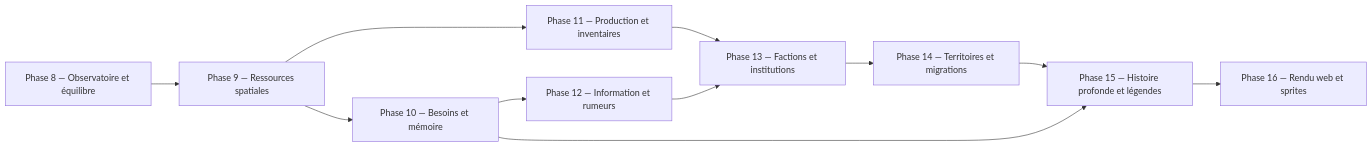
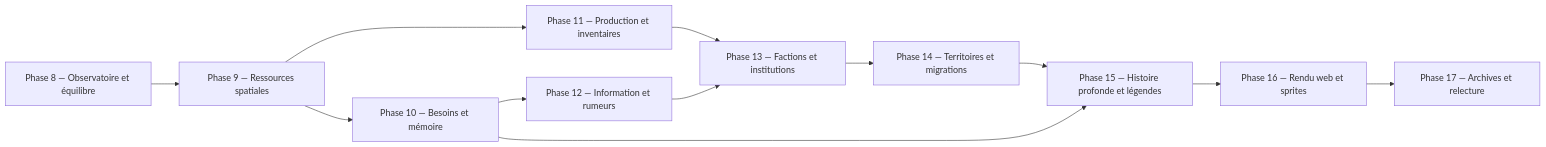
The diagram in ROADMAP_EMERGENCE.md (Drwhy/chartographist), drawn with Mermaid before and after one commit. The commit also changed other lines of this file and 18 other files, not shown here.

````diff
--- a/ROADMAP_EMERGENCE.md
+++ b/ROADMAP_EMERGENCE.md
@@ -77,13 +77,14 @@
 ```mermaid
 flowchart LR
     P8["Phase 8 — Observatoire et équilibre"] --> P9["Phase 9 — Ressources spatiales"]
     P9 --> P10["Phase 10 — Besoins et mémoire"]
     P9 --> P11["Phase 11 — Production et inventaires"]
     P10 --> P12["Phase 12 — Information et rumeurs"]
     P11 --> P13["Phase 13 — Factions et institutions"]
     P12 --> P13
     P13 --> P14["Phase 14 — Territoires et migrations"]
     P14 --> P15["Phase 15 — Histoire profonde et légendes"]
     P15 --> P16["Phase 16 — Rendu web et sprites"]
+    P16 --> P17["Phase 17 — Archives et relecture"]
     P10 --> P15
 ```
````
